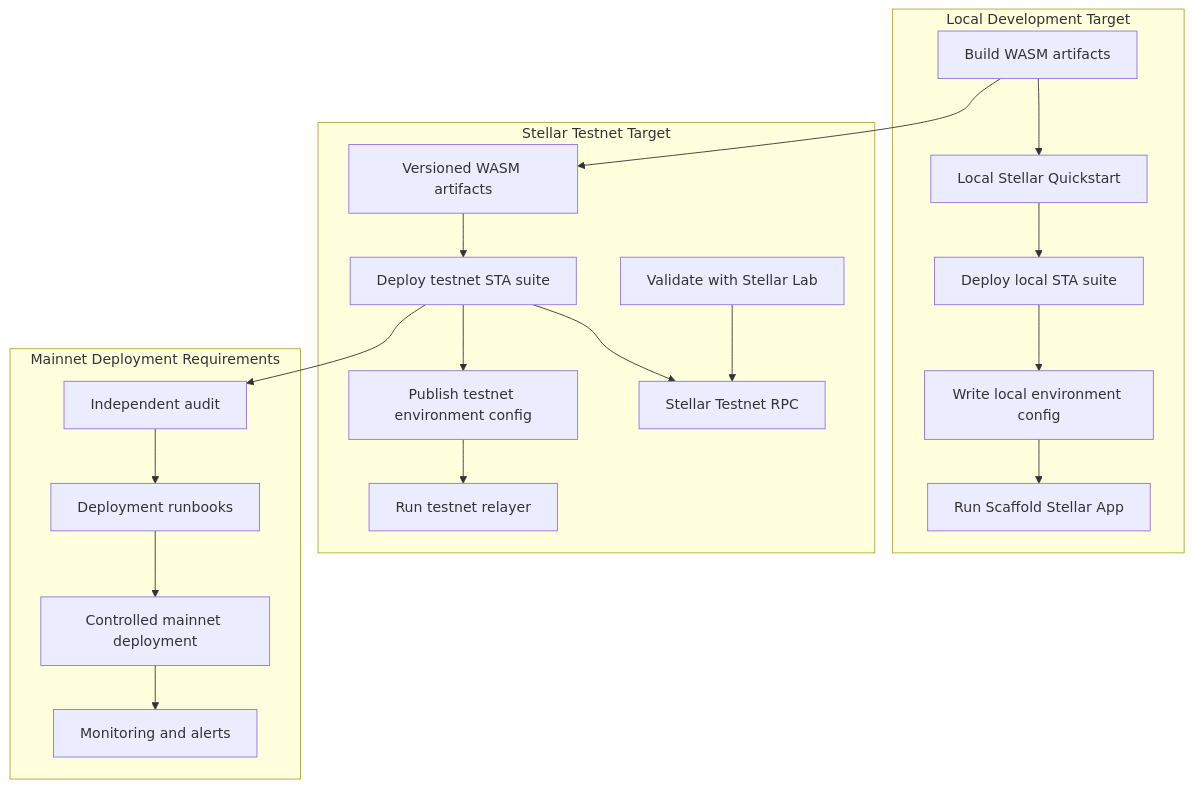
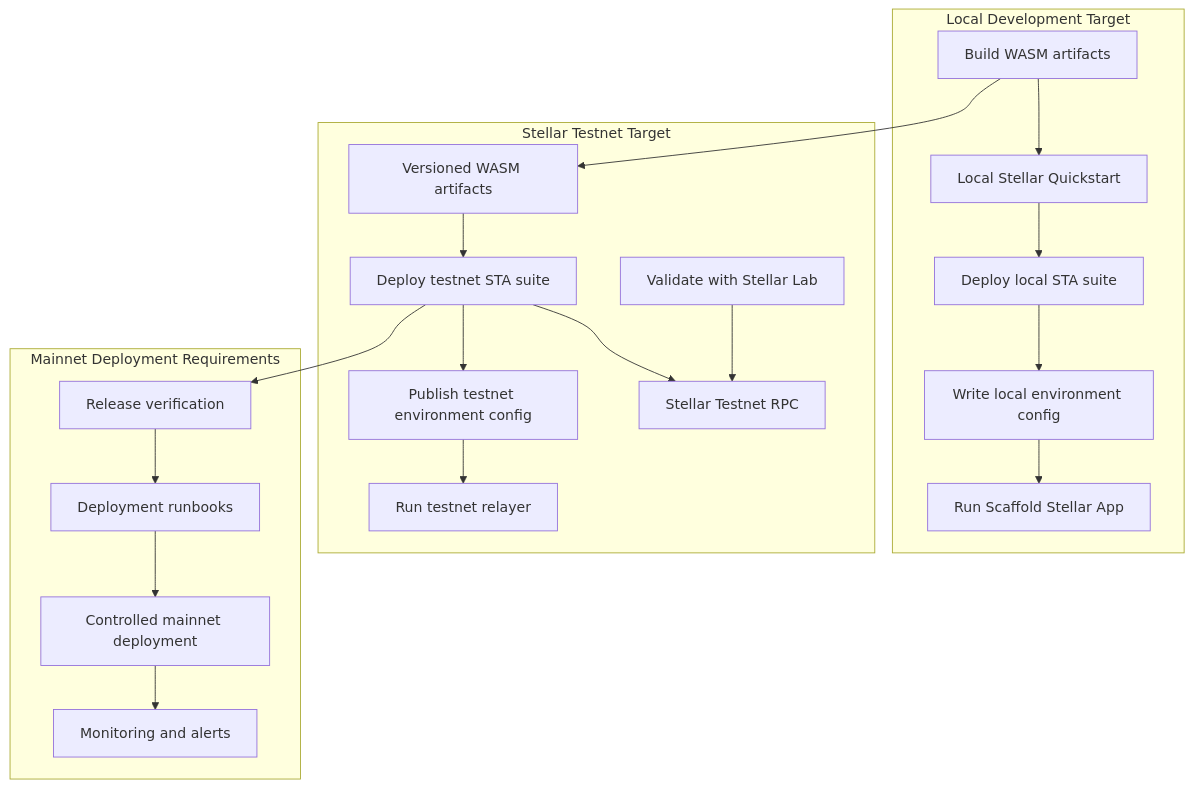
One commit to Frihat-dev/smart-wallet-stellar changed diagram 14 of 14 in docs/TECHNICAL_ARCHITECTURE.md. Above: the diagram before and after it, drawn with Mermaid. The commit also changed other lines of this file, not shown here.

Commit message:
docs: align technical architecture with launch scope

````diff
--- a/docs/TECHNICAL_ARCHITECTURE.md
+++ b/docs/TECHNICAL_ARCHITECTURE.md
@@ -1883,41 +1866,41 @@
 ```mermaid
 flowchart TB
     subgraph Dev["Local Development Target"]
         LocalBuild["Build WASM artifacts"]
         Quickstart["Local Stellar Quickstart"]
         LocalDeploy["Deploy local STA suite"]
         LocalConfig["Write local environment config"]
         LocalApp["Run Scaffold Stellar App"]
     end
 
     subgraph Testnet["Stellar Testnet Target"]
         TestBuild["Versioned WASM artifacts"]
         TestRPC["Stellar Testnet RPC"]
         TestDeploy["Deploy testnet STA suite"]
         TestConfig["Publish testnet environment config"]
         TestRelayer["Run testnet relayer"]
         Lab2["Validate with Stellar Lab"]
     end
 
     subgraph Prod["Mainnet Deployment Requirements"]
-        Audit["Independent audit"]
+        Audit["Release verification"]
         Runbooks["Deployment runbooks"]
         MainnetDeploy["Controlled mainnet deployment"]
         Monitoring["Monitoring and alerts"]
     end
 
     LocalBuild --> Quickstart
     Quickstart --> LocalDeploy
     LocalDeploy --> LocalConfig
     LocalConfig --> LocalApp
     LocalBuild --> TestBuild
     TestBuild --> TestDeploy
     TestDeploy --> TestRPC
     TestDeploy --> TestConfig
     TestConfig --> TestRelayer
     Lab2 --> TestRPC
     TestDeploy --> Audit
     Audit --> Runbooks
     Runbooks --> MainnetDeploy
     MainnetDeploy --> Monitoring
 ```
````
